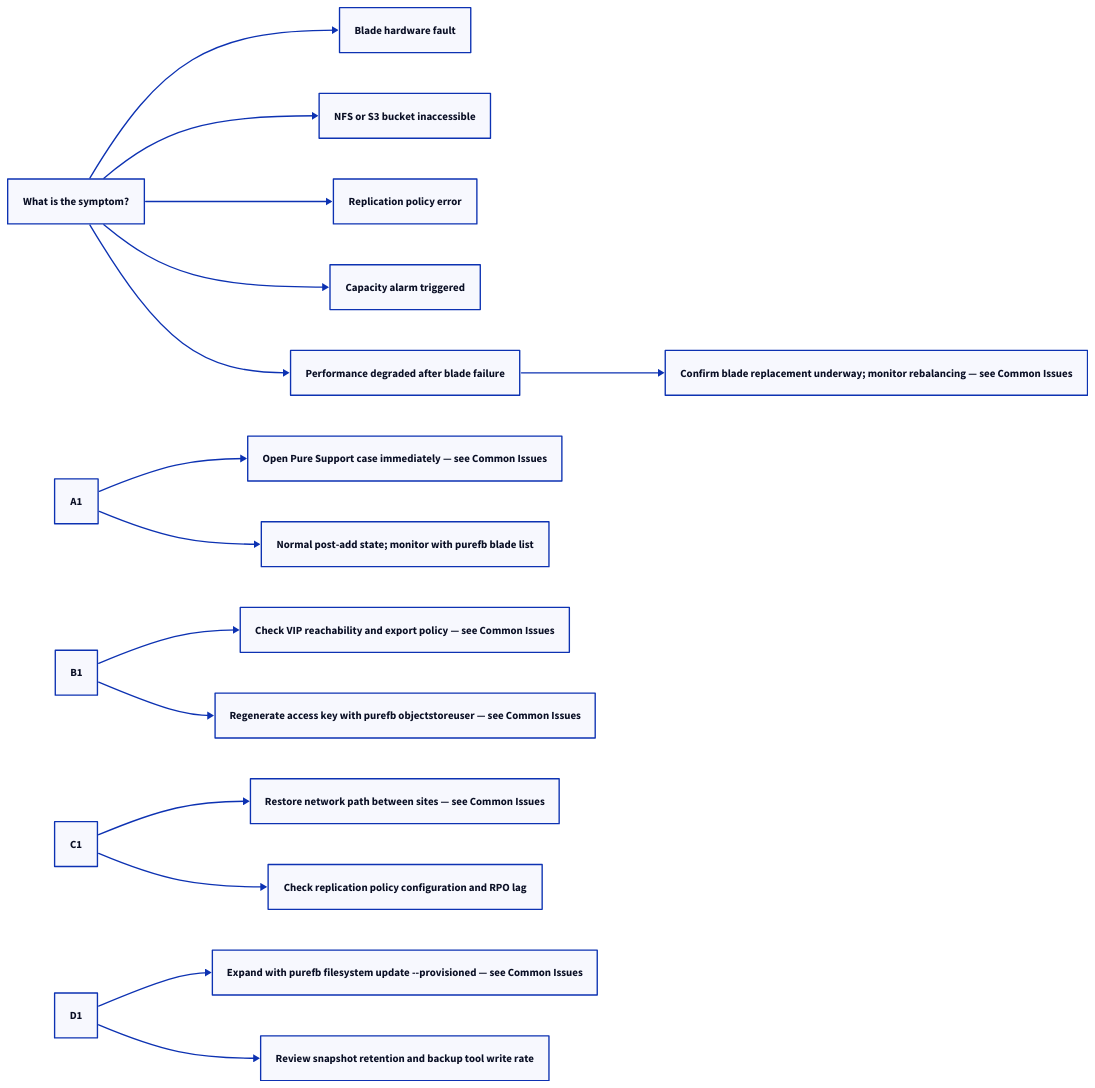
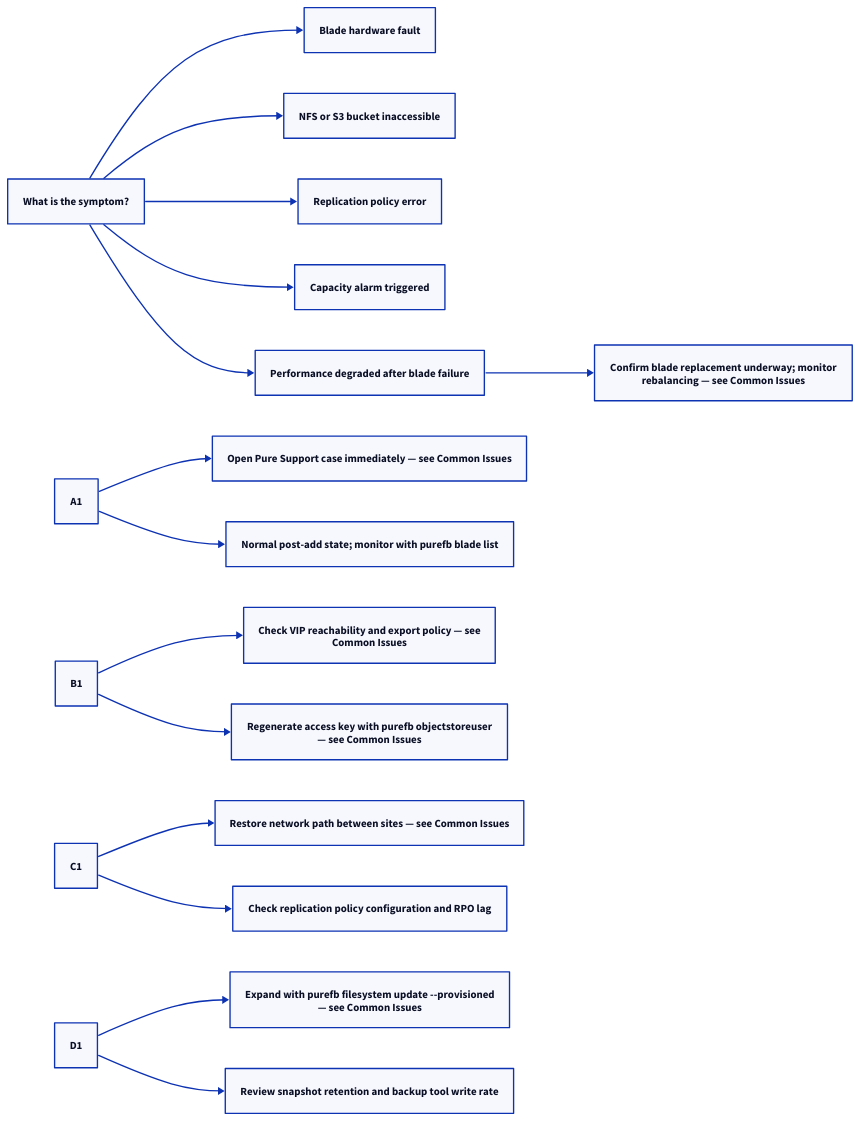
Before and after one commit to canast01/chris-kb: the second of 2 diagrams in docs/storage/pure/flashblade/troubleshooting/common-issues.md, drawn with D2. The commit also changed 192 other files, not shown here.

````diff
--- a/docs/storage/pure/flashblade/troubleshooting/common-issues.md
+++ b/docs/storage/pure/flashblade/troubleshooting/common-issues.md
@@ -40,38 +40,38 @@
 ```d2
 direction: right
 
 S: "What is the symptom?" {shape: rectangle}
 A: "Blade hardware fault" {shape: rectangle}
 B: "NFS or S3 bucket inaccessible" {shape: rectangle}
 C: "Replication policy error" {shape: rectangle}
 D: "Capacity alarm triggered" {shape: rectangle}
 E: "Performance degraded after blade failure" {shape: rectangle}
 A1: "A1" {shape: rectangle}
 A2: "Open Pure Support case immediately — see Common Issues" {shape: rectangle}
 A3: "Normal post-add state; monitor with purefb blade list" {shape: rectangle}
 B1: "B1" {shape: rectangle}
-B2: "Check VIP reachability and export policy — see Common Issues" {shape: rectangle}
-B3: "Regenerate access key with purefb objectstoreuser — see Common Issues" {shape: rectangle}
+B2: "Check VIP reachability and export policy — see\nCommon Issues" {shape: rectangle}
+B3: "Regenerate access key with purefb objectstoreuser\n— see Common Issues" {shape: rectangle}
 C1: "C1" {shape: rectangle}
 C2: "Restore network path between sites — see Common Issues" {shape: rectangle}
 C3: "Check replication policy configuration and RPO lag" {shape: rectangle}
 D1: "D1" {shape: rectangle}
-D2: "Expand with purefb filesystem update --provisioned — see Common Issues" {shape: rectangle}
+D2: "Expand with purefb filesystem update --provisioned\n— see Common Issues" {shape: rectangle}
 D3: "Review snapshot retention and backup tool write rate" {shape: rectangle}
-E1: "Confirm blade replacement underway; monitor rebalancing — see Common Issues" {shape: rectangle}
+E1: "Confirm blade replacement underway; monitor\nrebalancing — see Common Issues" {shape: rectangle}
 
 S -> A
 S -> B
 S -> C
 S -> D
 S -> E
 A1 -> A2
 A1 -> A3
 B1 -> B2
 B1 -> B3
 C1 -> C2
 C1 -> C3
 D1 -> D2
 D1 -> D3
 E -> E1
 ```
````
